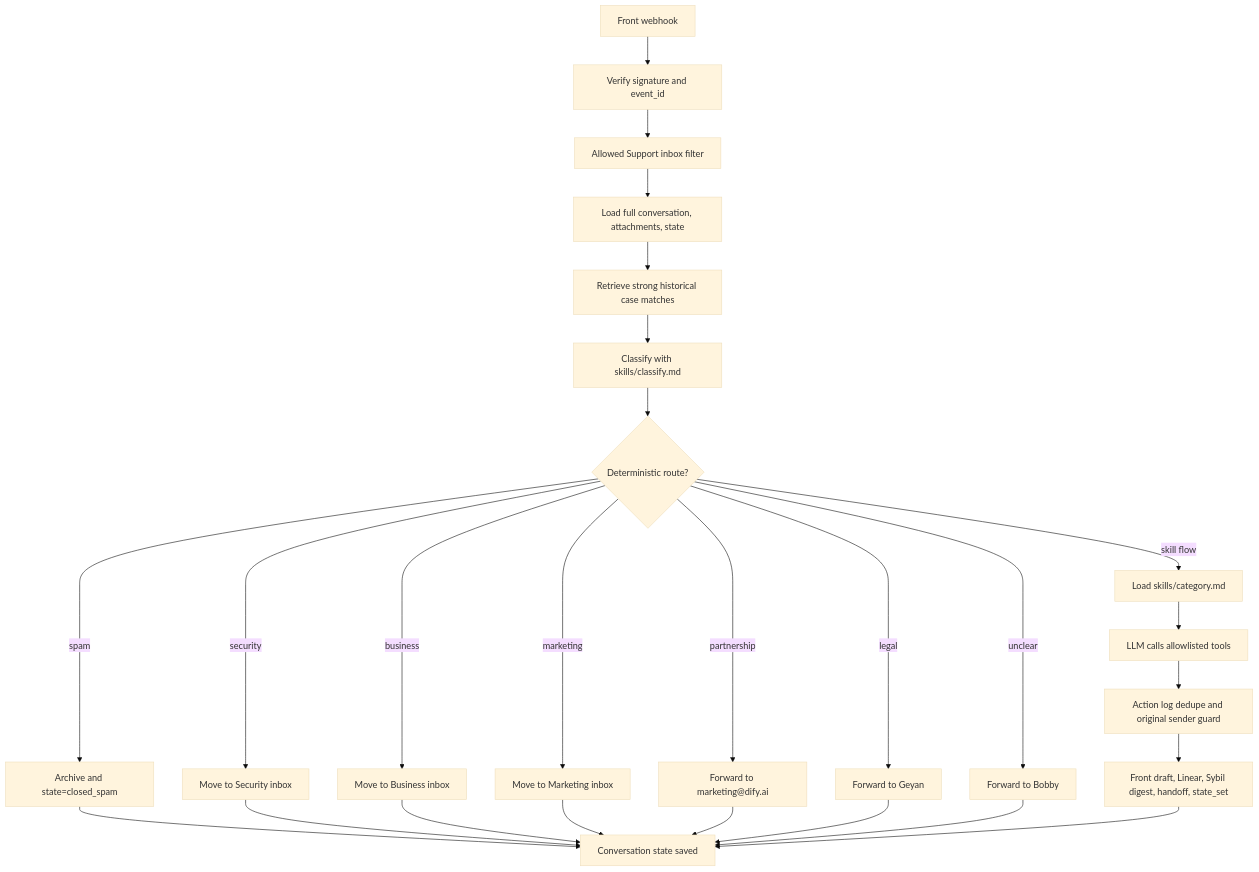
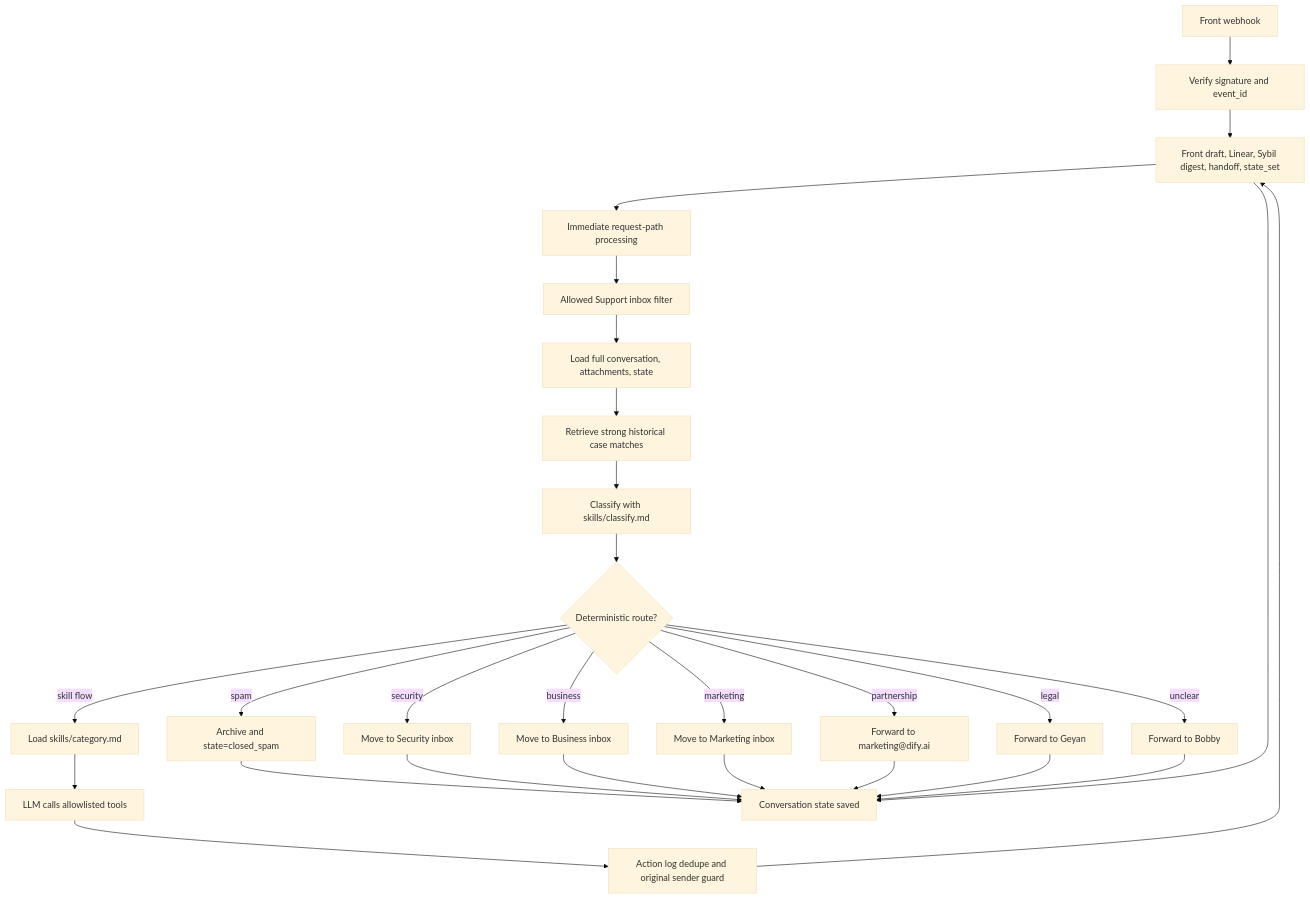
Before and after one commit to Gmasterzhangxinyang/Front-Agent: the first of 2 diagrams in README.md, drawn with Mermaid (base theme). The commit also changed other lines of this file and 3 other files, not shown here.

````diff
--- a/README.md
+++ b/README.md
@@ -25,28 +26,30 @@
 ```mermaid
 flowchart TD
     A[Front webhook] --> B[Verify signature and event_id]
-    B --> C[Allowed Support inbox filter]
-    C --> D[Load full conversation, attachments, state]
+    B --> Q[Commit to webhook_inbox]
+    Q --> C[Immediate request-path processing]
+    C --> D0[Allowed Support inbox filter]
+    D0 --> D[Load full conversation, attachments, state]
     D --> CM[Retrieve strong historical case matches]
     CM --> E[Classify with skills/classify.md]
     E --> F{Deterministic route?}
     F -->|spam| G[Archive and state=closed_spam]
     F -->|security| H[Move to Security inbox]
     F -->|business| I[Move to Business inbox]
     F -->|marketing| J[Move to Marketing inbox]
     F -->|partnership| K[Forward to marketing@dify.ai]
     F -->|legal| L[Forward to Geyan]
     F -->|unclear| M[Forward to Bobby]
     F -->|skill flow| N[Load skills/category.md]
     N --> O[LLM calls allowlisted tools]
     O --> P[Action log dedupe and original sender guard]
     P --> Q[Front draft, Linear, Sybil digest, handoff, state_set]
     G --> R[Conversation state saved]
     H --> R
     I --> R
     J --> R
     K --> R
     L --> R
     M --> R
     Q --> R
 ```
````
